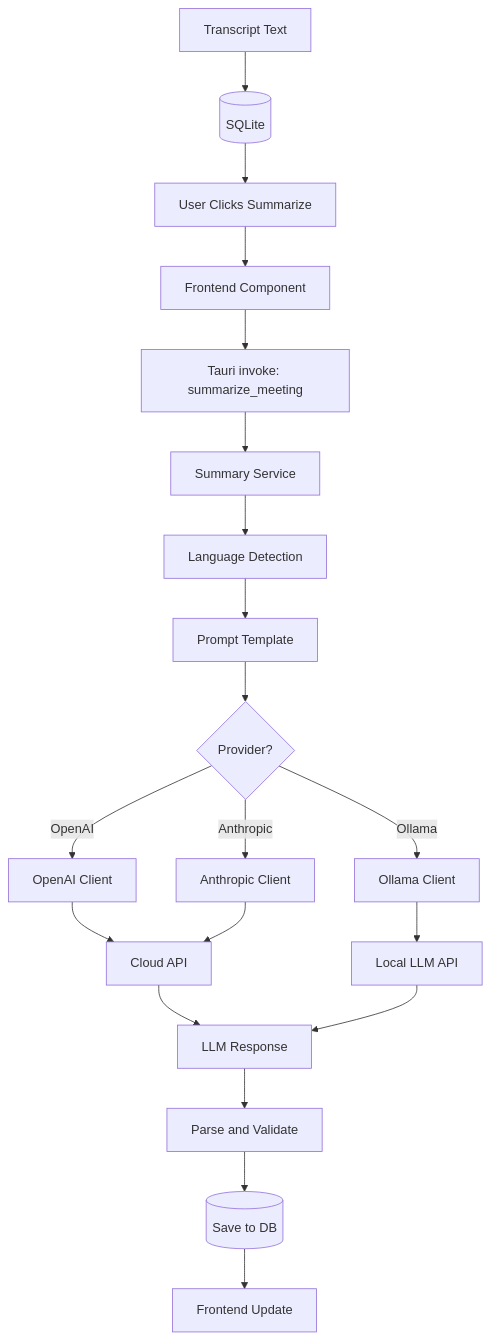
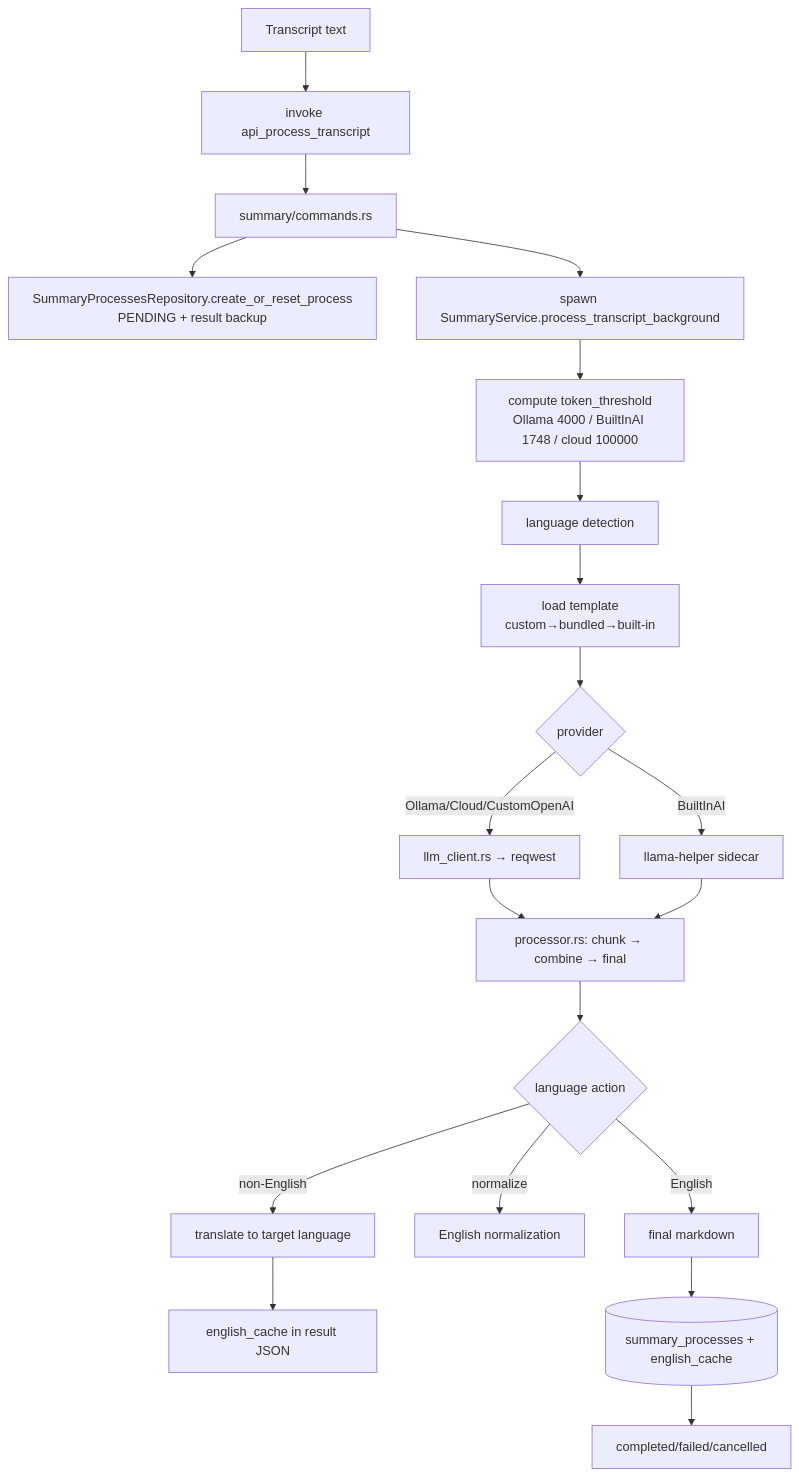
One commit to MPGek/meetily-mpg changed the third of 5 diagrams in docs/CODEBASE_MAP_DATA_FLOW.md. Above: the diagram before and after it, drawn with Mermaid. The commit also changed other lines of this file and 62 other files, not shown here.

````diff
--- a/docs/CODEBASE_MAP_DATA_FLOW.md
+++ b/docs/CODEBASE_MAP_DATA_FLOW.md
@@ -74,24 +93,22 @@
 ```mermaid
 graph TB
-    Transcript[Transcript Text] --> DB[(SQLite)]
-    DB --> UserClick["User Clicks Summarize"]
-    UserClick --> Frontend[Frontend Component]
-    Frontend --> TauriInvoke[Tauri invoke: summarize_meeting]
-    TauriInvoke --> SummaryService[Summary Service]
-    SummaryService --> LangDetect[Language Detection]
-    LangDetect --> Template[Prompt Template]
-    Template --> ProviderSelect{Provider?}
-    ProviderSelect -->|Ollama| OllamaClient[Ollama Client]
-    ProviderSelect -->|OpenAI| OpenAIClient[OpenAI Client]
-    ProviderSelect -->|Anthropic| AnthropicClient[Anthropic Client]
-    
-    OllamaClient --> LocalLLM[Local LLM API]
-    OpenAIClient --> CloudAPI[Cloud API]
-    AnthropicClient --> CloudAPI
-    
-    CloudAPI --> Response[LLM Response]
-    LocalLLM --> Response
-    Response --> Parse[Parse and Validate]
-    Parse --> SaveDB[(Save to DB)]
-    SaveDB --> FrontendUpdate[Frontend Update]
+    Transcript[Transcript text] --> APT[invoke api_process_transcript]
+    APT --> Cmd[summary/commands.rs]
+    Cmd --> Reset[SummaryProcessesRepository.create_or_reset_process<br/>PENDING + result backup]
+    Cmd --> Spawn[spawn SummaryService.process_transcript_background]
+    Spawn --> Threshold[compute token_threshold<br/>Ollama 4000 / BuiltInAI 1748 / cloud 100000]
+    Threshold --> Lang[language detection]
+    Lang --> Template[load template<br/>custom→bundled→built-in]
+    Template --> LLM{provider}
+    LLM -->|Ollama/Cloud/CustomOpenAI| HTTP[llm_client.rs → reqwest]
+    LLM -->|BuiltInAI| Sidecar[llama-helper sidecar]
+    HTTP --> Processor[processor.rs: chunk → combine → final]
+    Sidecar --> Processor
+    Processor --> LangAct{language action}
+    LangAct -->|non-English| Translate[translate to target language]
+    LangAct -->|normalize| Norm[English normalization]
+    LangAct -->|English| Final[final markdown]
+    Translate --> EnglishCache[english_cache in result JSON]
+    Final --> DB[(summary_processes + english_cache)]
+    DB --> Status[completed/failed/cancelled]
 ```
````
